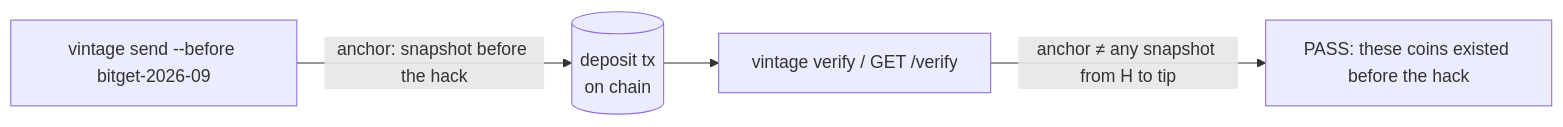
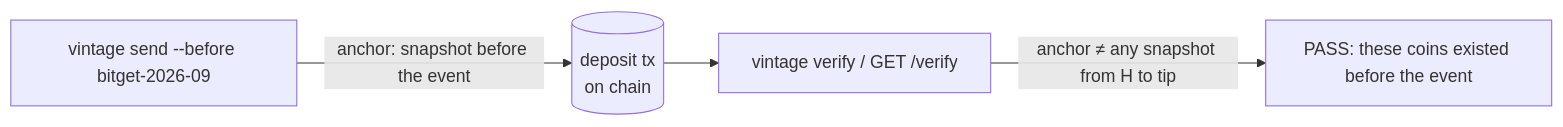
The diagram in README.md (Samuel-Chuku/vintage), drawn with Mermaid before and after one commit. The commit also changed other lines of this file and 49 other files, not shown here.

````diff
--- a/README.md
+++ b/README.md
@@ -37,6 +35,6 @@
 ```mermaid
 flowchart LR
-    W["vintage send --before bitget-2026-09"] -->|"anchor: snapshot before the hack"| T[("deposit tx<br/>on chain")]
+    W["vintage send --before bitget-2026-09"] -->|"anchor: snapshot before the event"| T[("deposit tx<br/>on chain")]
     T --> V["vintage verify / GET /verify"]
-    V -->|"anchor ≠ any snapshot from H to tip"| P["PASS: these coins existed before the hack"]
+    V -->|"anchor ≠ any snapshot from H to tip"| P["PASS: these coins existed before the event"]
 ```
````
